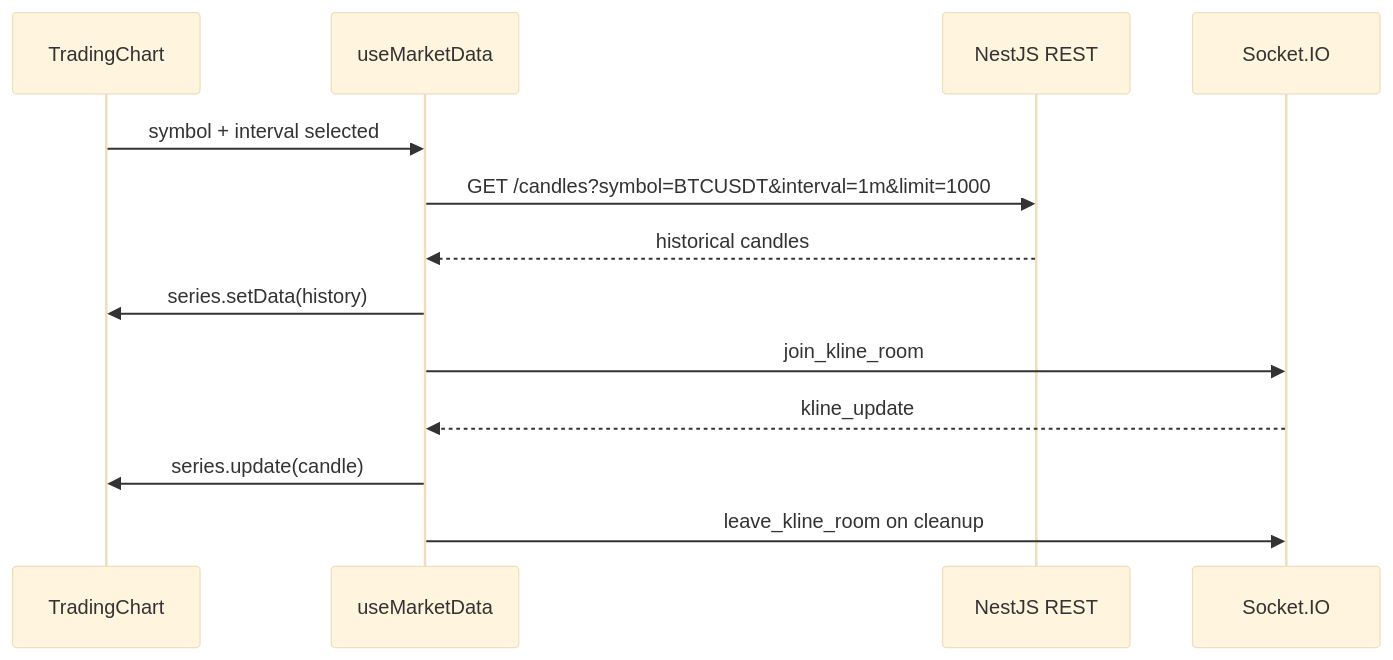
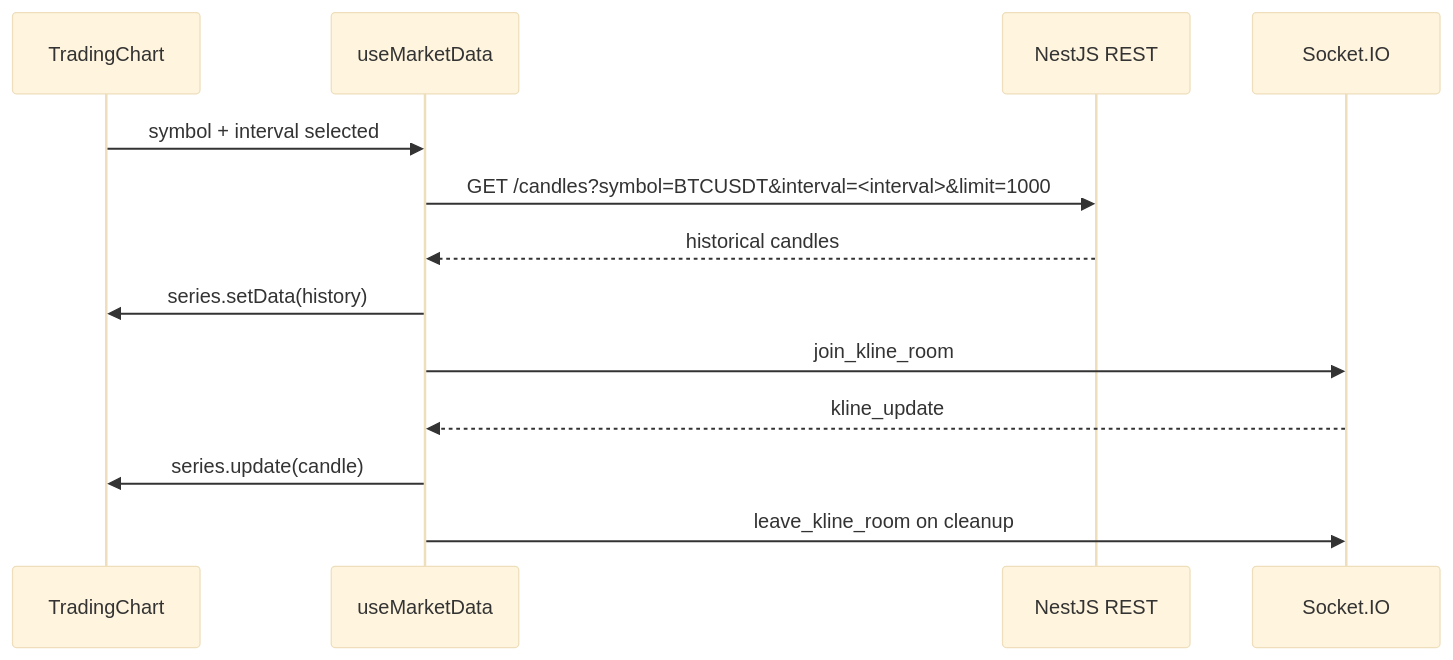
The diagram in frontend/README.md (Zane-Theodore/NexTick), drawn with Mermaid (base theme) before and after one commit. The commit also changed other lines of this file and 5 other files, not shown here.

````diff
--- a/frontend/README.md
+++ b/frontend/README.md
@@ -74,16 +74,16 @@
 ```mermaid
 sequenceDiagram
   participant UI as TradingChart
   participant Hook as useMarketData
   participant API as NestJS REST
   participant Socket as Socket.IO
 
   UI->>Hook: symbol + interval selected
-  Hook->>API: GET /candles?symbol=BTCUSDT&interval=1m&limit=1000
+  Hook->>API: GET /candles?symbol=BTCUSDT&interval=<interval>&limit=1000
   API-->>Hook: historical candles
   Hook->>UI: series.setData(history)
   Hook->>Socket: join_kline_room
   Socket-->>Hook: kline_update
   Hook->>UI: series.update(candle)
   Hook->>Socket: leave_kline_room on cleanup
 ```
````
